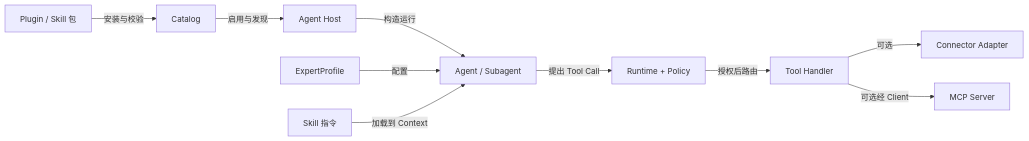
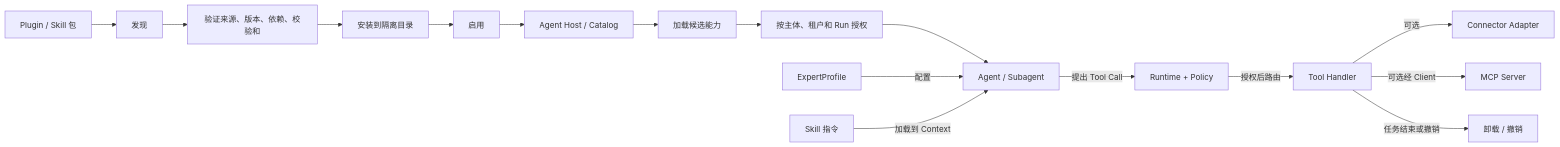
Before and after one commit to dollarser/modern-ai-agent-architecture: the fourth of 8 diagrams in docs/chapters/02-architecture/README.md, drawn with Mermaid. The commit also changed other lines of this file and 85 other files, not shown here.

````diff
--- a/docs/chapters/02-architecture/README.md
+++ b/docs/chapters/02-architecture/README.md
@@ -234,12 +253,18 @@
 ```mermaid
 flowchart LR
-    Package["Plugin / Skill 包"] -->|安装与校验| Catalog["Catalog"]
-    Catalog -->|启用与发现| Host["Agent Host"]
-    Host -->|构造运行| Subject["Agent / Subagent"]
+    Package["Plugin / Skill 包"] --> Discover["发现"]
+    Discover --> Verify["验证来源、版本、依赖、校验和"]
+    Verify --> Install["安装到隔离目录"]
+    Install --> Enable["启用"]
+    Enable --> Host["Agent Host / Catalog"]
+    Host --> Load["加载候选能力"]
+    Load --> Authorize["按主体、租户和 Run 授权"]
+    Authorize --> Subject["Agent / Subagent"]
     Profile["ExpertProfile"] -->|配置| Subject
     Skill["Skill 指令"] -->|加载到 Context| Subject
     Subject -->|提出 Tool Call| Runtime["Runtime + Policy"]
     Runtime -->|授权后路由| Tool["Tool Handler"]
     Tool -->|可选| Connector["Connector Adapter"]
     Tool -->|可选经 Client| MCP["MCP Server"]
+    Tool -->|任务结束或撤销| Unload["卸载 / 撤销"]
 ```
````
